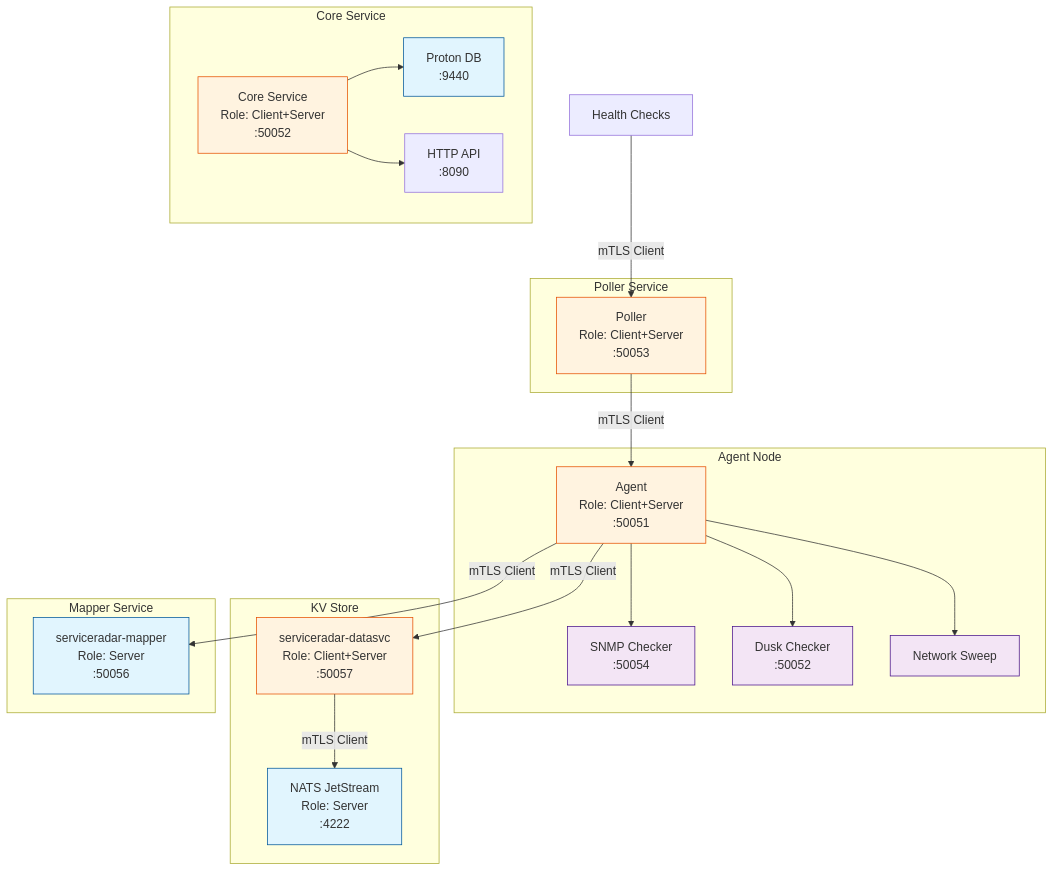
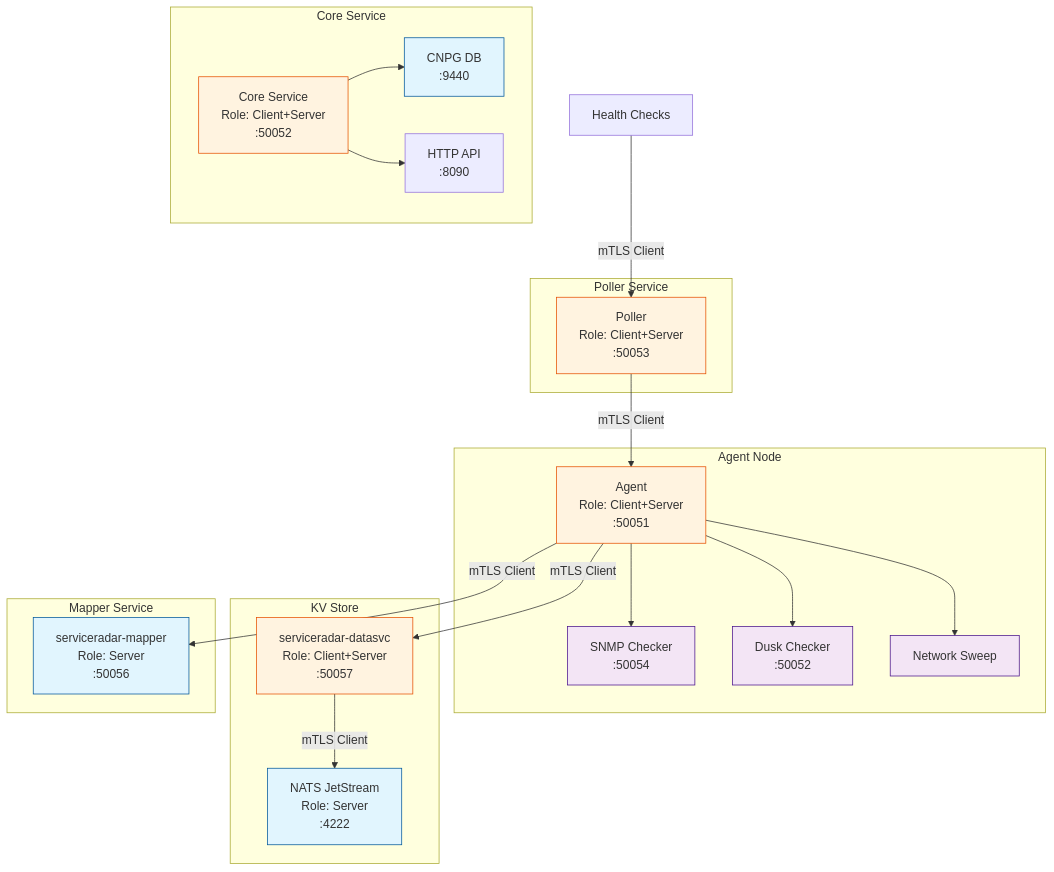
One commit to carverauto/serviceradar changed the diagram in docs/docs/tls-security.md. Above: the diagram before and after it, drawn with Mermaid. The commit also changed other lines of this file and 157 other files, not shown here.

````diff
--- a/docs/docs/tls-security.md
+++ b/docs/docs/tls-security.md
@@ -14,52 +14,52 @@
 ```mermaid
 graph TB
     subgraph "Agent Node"
         AG[Agent<br/>Role: Client+Server<br/>:50051]
         SNMPCheck[SNMP Checker<br/>:50054]
         DuskCheck[Dusk Checker<br/>:50052]
         SweepCheck[Network Sweep]
         AG --> SNMPCheck
         AG --> DuskCheck
         AG --> SweepCheck
     end
 
     subgraph "Poller Service"
         PL[Poller<br/>Role: Client+Server<br/>:50053]
     end
 
     subgraph "Core Service"
         CL[Core Service<br/>Role: Client+Server<br/>:50052]
-        DB[Proton DB<br/>:9440]
+        DB[CNPG DB<br/>:9440]
         API[HTTP API<br/>:8090]
         CL --> DB
         CL --> API
     end
 
     subgraph "KV Store"
         KV[serviceradar-datasvc<br/>Role: Client+Server<br/>:50057]
         NATS[NATS JetStream<br/>Role: Server<br/>:4222]
         KV -->|mTLS Client| NATS
         AG -->|mTLS Client| KV
     end
 
     subgraph "Mapper Service"
         MAP[serviceradar-mapper<br/>Role: Server<br/>:50056]
     end
 
 %% Client connections from Poller to Agent
     PL -->|mTLS Client| AG
 
 %% Server connections to Poller
     HC1[Health Checks] -->|mTLS Client| PL
 
 %% Client connections from Agent to Mapper
     AG -->|mTLS Client| MAP
 
     classDef server fill:#e1f5fe,stroke:#01579b
     classDef client fill:#f3e5f5,stroke:#4a148c
     classDef dual fill:#fff3e0,stroke:#e65100
 
     class NATS,DB,MAP server
     class AG,PL,CL,KV dual
     class SNMPCheck,DuskCheck,SweepCheck client
 ```
````
